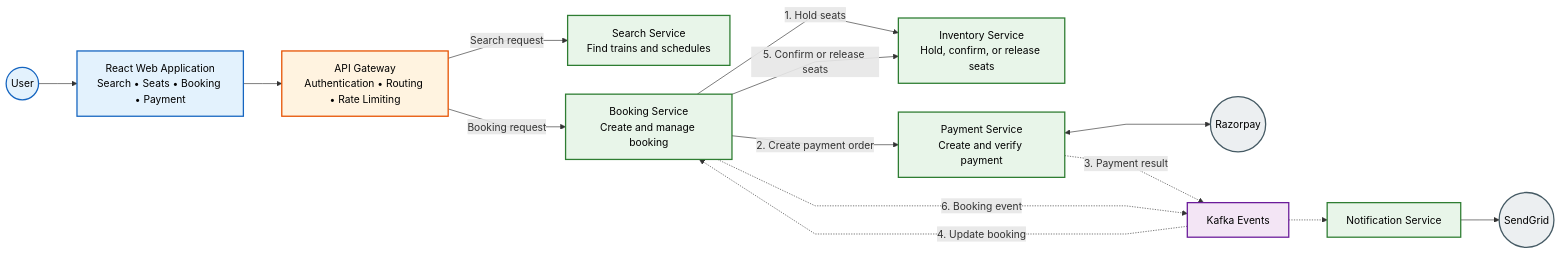
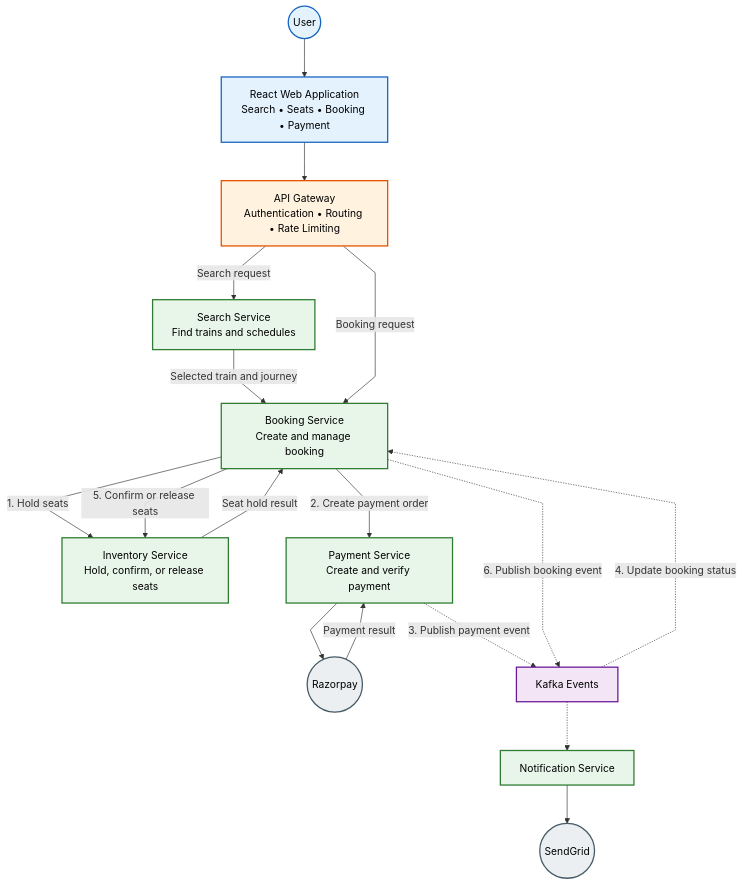
One commit to Rudy-123/IRCTC changed the first of 2 diagrams in README.md. Above: the diagram before and after it, drawn with Mermaid.

````diff
--- a/README.md
+++ b/README.md
@@ -72,48 +72,51 @@
 ```mermaid
 %%{init: {
   "flowchart": {
     "curve": "linear",
     "nodeSpacing": 45,
     "rankSpacing": 60
   }
 }}%%
 
-flowchart LR
+flowchart TB
     classDef client fill:#E3F2FD,stroke:#1565C0,stroke-width:2px,color:#000;
     classDef gateway fill:#FFF3E0,stroke:#E65100,stroke-width:2px,color:#000;
     classDef service fill:#E8F5E9,stroke:#2E7D32,stroke-width:2px,color:#000;
     classDef external fill:#ECEFF1,stroke:#455A64,stroke-width:2px,color:#000;
     classDef event fill:#F3E5F5,stroke:#6A1B9A,stroke-width:2px,color:#000;
 
     User((User)):::client
     Frontend[React Web Application<br/>Search • Seats • Booking • Payment]:::client
     Gateway[API Gateway<br/>Authentication • Routing • Rate Limiting]:::gateway
-
     Search[Search Service<br/>Find trains and schedules]:::service
     Booking[Booking Service<br/>Create and manage booking]:::service
     Inventory[Inventory Service<br/>Hold, confirm, or release seats]:::service
     Payment[Payment Service<br/>Create and verify payment]:::service
     Razorpay((Razorpay)):::external
-
     Kafka[Kafka Events]:::event
     Notification[Notification Service]:::service
     SendGrid((SendGrid)):::external
 
     User --> Frontend
     Frontend --> Gateway
 
     Gateway -->|Search request| Search
+    Search -->|Selected train and journey| Booking
+
     Gateway -->|Booking request| Booking
+    Booking -->|1. Hold seats| Inventory
+    Inventory -->|Seat hold result| Booking
 
-    Booking -->|1. Hold seats| Inventory
     Booking -->|2. Create payment order| Payment
-    Payment <--> Razorpay
+    Payment --> Razorpay
+    Razorpay -->|Payment result| Payment
 
-    Payment -.->|3. Payment result| Kafka
-    Kafka -.->|4. Update booking| Booking
+    Payment -.->|3. Publish payment event| Kafka
+    Kafka -.->|4. Update booking status| Booking
+
     Booking -->|5. Confirm or release seats| Inventory
+    Booking -.->|6. Publish booking event| Kafka
 
-    Booking -.->|6. Booking event| Kafka
     Kafka -.-> Notification
     Notification --> SendGrid
 ```
````
